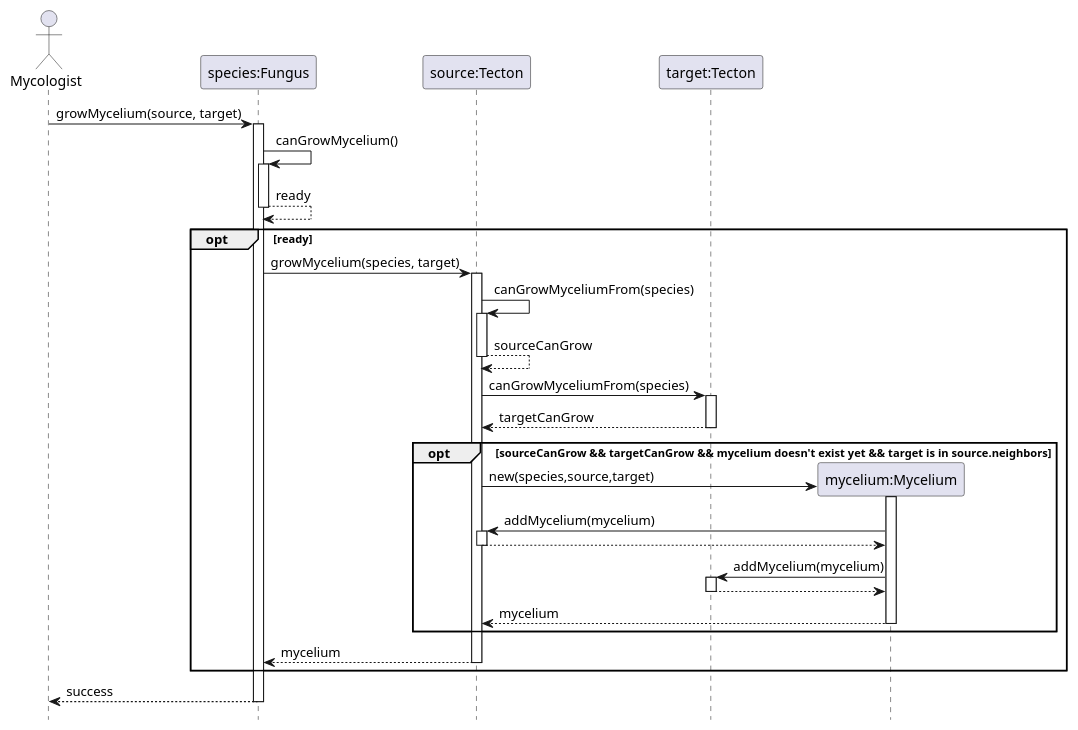
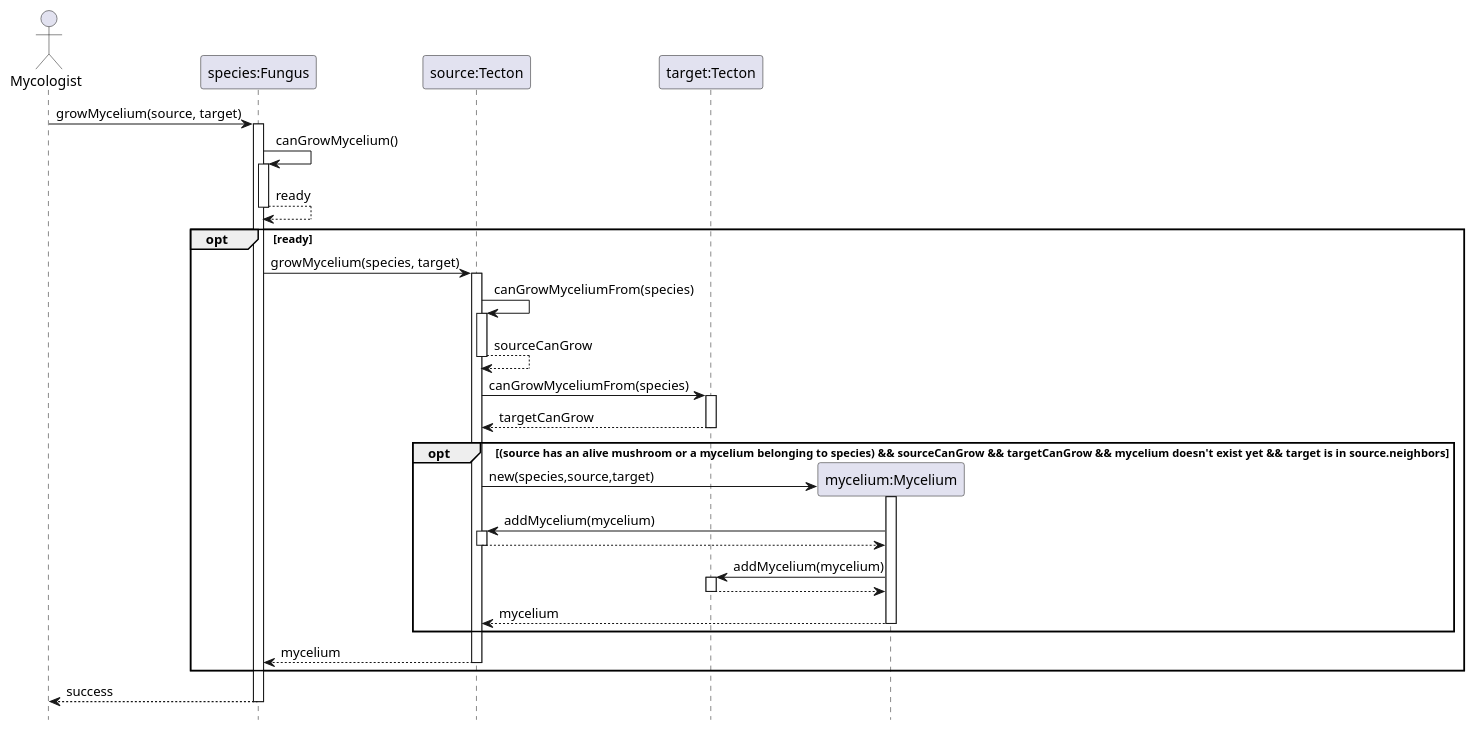
One commit to ZD4ve/projlab-error521 changed the diagram in SeqAndClassDiagrams/Mycelium/mycelium-grow.pu. Above: the diagram before and after it, drawn with PlantUML. The commit also changed 4 other files, not shown here.

Commit message:
mycelium-grow updates

```diff
--- a/SeqAndClassDiagrams/Mycelium/mycelium-grow.pu
+++ b/SeqAndClassDiagrams/Mycelium/mycelium-grow.pu
@@ -1,50 +1,47 @@
 @startuml Mycelium/mycelium-grow
 hide footbox
 
 actor Mycologist
 participant "species:Fungus" as species
 participant "source:Tecton" as source
 participant "target:Tecton" as target
 participant "mycelium:Mycelium" as mycelium
 
 Mycologist -> species : growMycelium(source, target)
 activate species
 
 species -> species : canGrowMycelium()
 activate species
 return ready
 
 opt ready
 species -> source : growMycelium(species, target)
 activate source
     source -> source : canGrowMyceliumFrom(species)
     activate source
     return sourceCanGrow
 
     source -> target : canGrowMyceliumFrom(species) 
     ' ^check in implementation: (gombatest or mycelium) and (mycelium species count < limit)
     activate target
     return targetCanGrow
-    opt sourceCanGrow && targetCanGrow && mycelium doesn't exist yet && target is in source.neighbors
+    opt (source has an alive mushroom or a mycelium belonging to species) && sourceCanGrow && targetCanGrow && mycelium doesn't exist yet && target is in source.neighbors
         create mycelium
         source -> mycelium : new(species,source,target)
         activate mycelium
 
         mycelium -> source : addMycelium(mycelium)
         activate source
         return
 
         mycelium -> target : addMycelium(mycelium)
         activate target
         return
 
         return mycelium
     end
 return mycelium
 end
 
 return success
-
-
-
 @enduml
```
